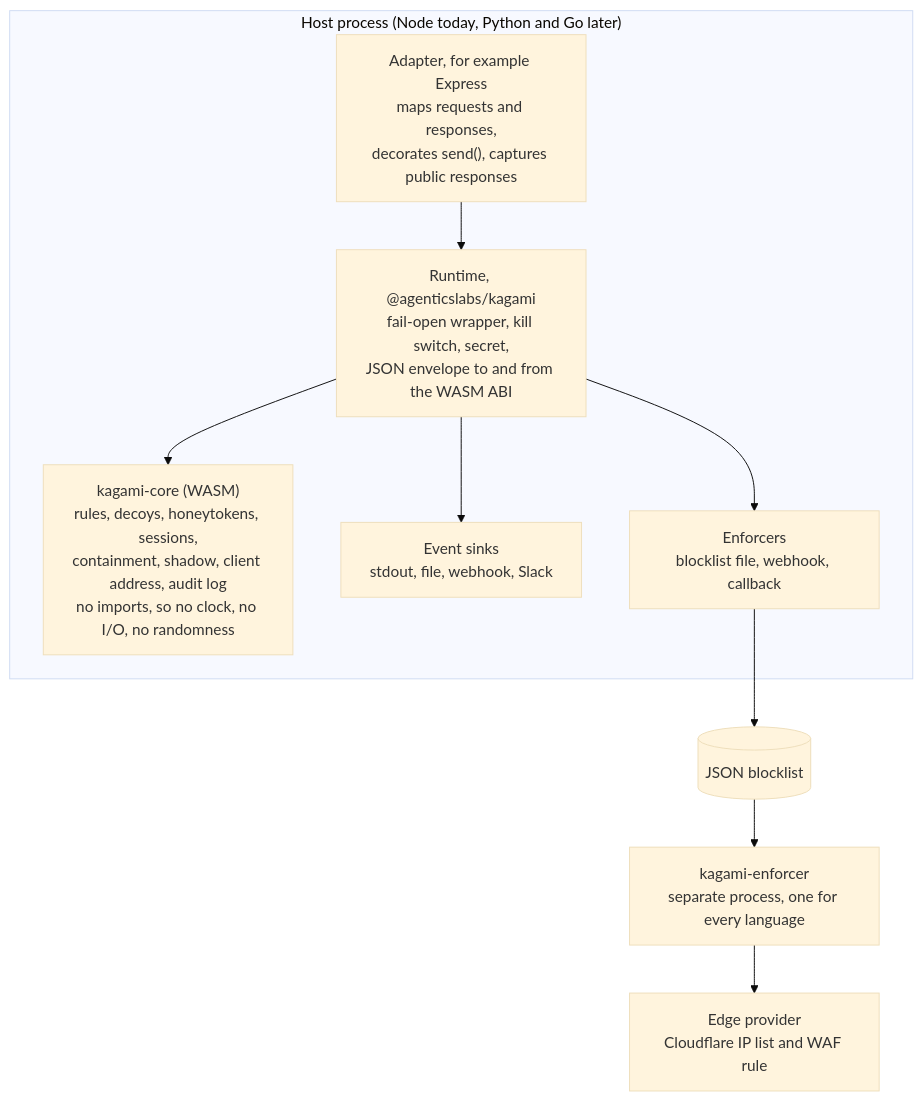
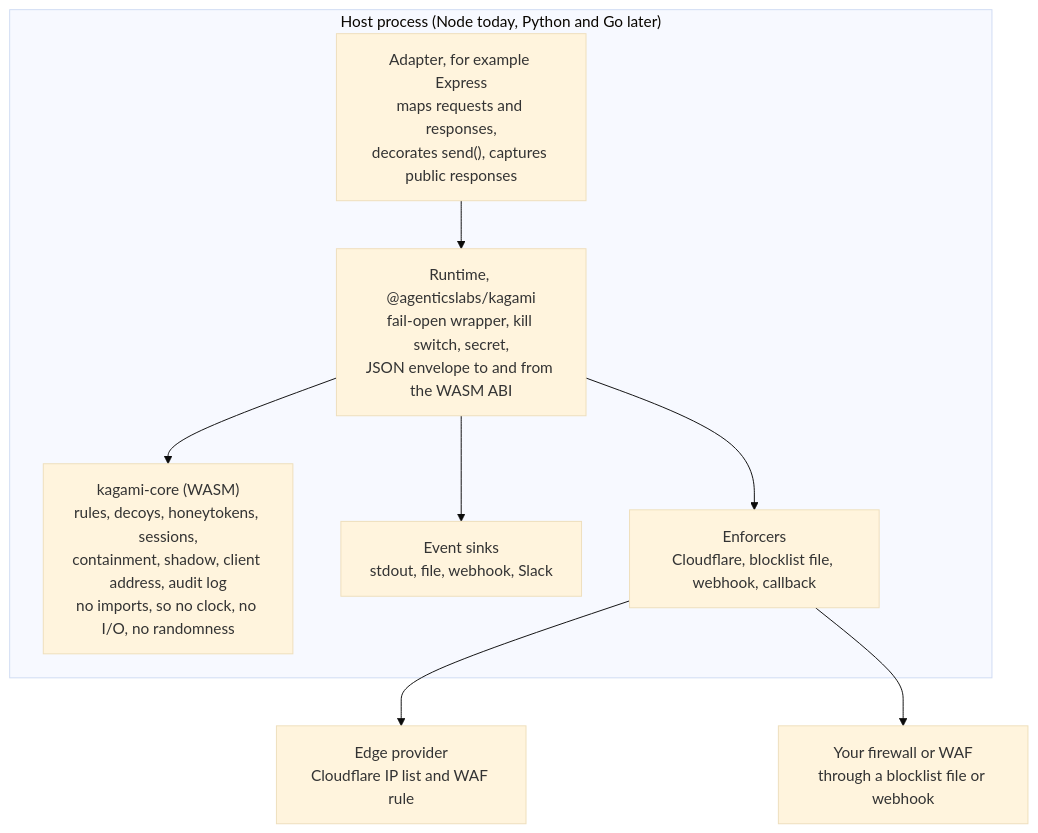
One commit to agenticslabs-xyz/lurensic changed the diagram in docs/DESIGN.md. Above: the diagram before and after it, drawn with Mermaid (base theme). The commit also changed other lines of this file and 38 other files, not shown here.

````diff
--- a/docs/DESIGN.md
+++ b/docs/DESIGN.md
@@ -50,16 +50,15 @@
 ```mermaid
 flowchart TB
     subgraph host["Host process (Node today, Python and Go later)"]
         AD["Adapter, for example Express<br/>maps requests and responses,<br/>decorates send(), captures public responses"]
         RT["Runtime, @agenticslabs/kagami<br/>fail-open wrapper, kill switch, secret,<br/>JSON envelope to and from the WASM ABI"]
         CORE["kagami-core (WASM)<br/>rules, decoys, honeytokens, sessions,<br/>containment, shadow, client address, audit log<br/>no imports, so no clock, no I/O, no randomness"]
         SINKS["Event sinks<br/>stdout, file, webhook, Slack"]
-        ENF["Enforcers<br/>blocklist file, webhook, callback"]
+        ENF["Enforcers<br/>Cloudflare, blocklist file, webhook, callback"]
         AD --> RT --> CORE
         RT --> SINKS
         RT --> ENF
     end
-    ENF --> FILE[("JSON blocklist")]
-    FILE --> KE["kagami-enforcer<br/>separate process, one for every language"]
-    KE --> EDGE["Edge provider<br/>Cloudflare IP list and WAF rule"]
+    ENF --> EDGE["Edge provider<br/>Cloudflare IP list and WAF rule"]
+    ENF --> FW["Your firewall or WAF<br/>through a blocklist file or webhook"]
 ```
````
